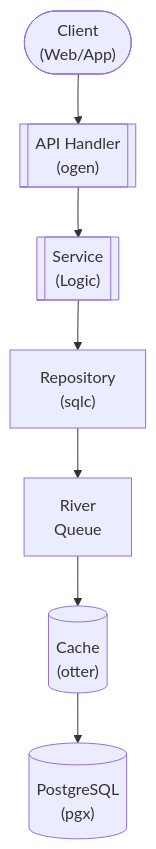
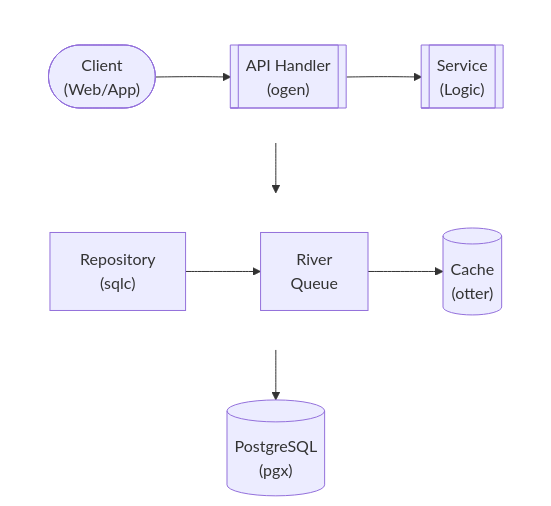
Before and after one commit to lusoris/revenge: the diagram in docs/dev/design/services/ACTIVITY.md, drawn with Mermaid. The commit also changed 210 other files, not shown here.

First line of the commit message:
feat(docs): Add horizontal layout support for Mermaid diagrams

````diff
--- a/docs/dev/design/services/ACTIVITY.md
+++ b/docs/dev/design/services/ACTIVITY.md
@@ -58,16 +58,26 @@
 ```mermaid
 flowchart TD
-    node1(["Client<br/>(Web/App)"])
-    node2[["API Handler<br/>(ogen)"]]
-    node3[["Service<br/>(Logic)"]]
-    node4["Repository<br/>(sqlc)"]
-    node5["River<br/>Queue"]
-    node6[("Cache<br/>(otter)")]
+    subgraph row1[ ]
+        direction LR
+        node1(["Client<br/>(Web/App)"])
+        node2[["API Handler<br/>(ogen)"]]
+        node3[["Service<br/>(Logic)"]]
+    end
+    subgraph row2[ ]
+        direction LR
+        node4["Repository<br/>(sqlc)"]
+        node5["River<br/>Queue"]
+        node6[("Cache<br/>(otter)")]
+    end
     node7[("PostgreSQL<br/>(pgx)")]
     node1 --> node2
     node2 --> node3
     node4 --> node5
     node5 --> node6
     node3 --> node4
     node6 --> node7
+
+    %% Hide row subgraph borders
+    style row1 fill:transparent,stroke:transparent
+    style row2 fill:transparent,stroke:transparent
 ```
````
